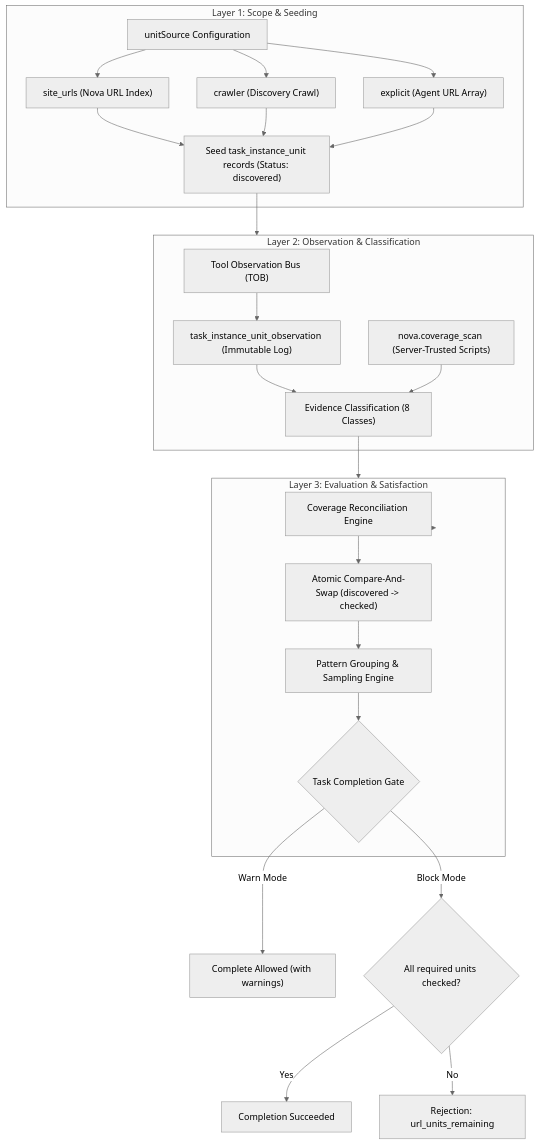
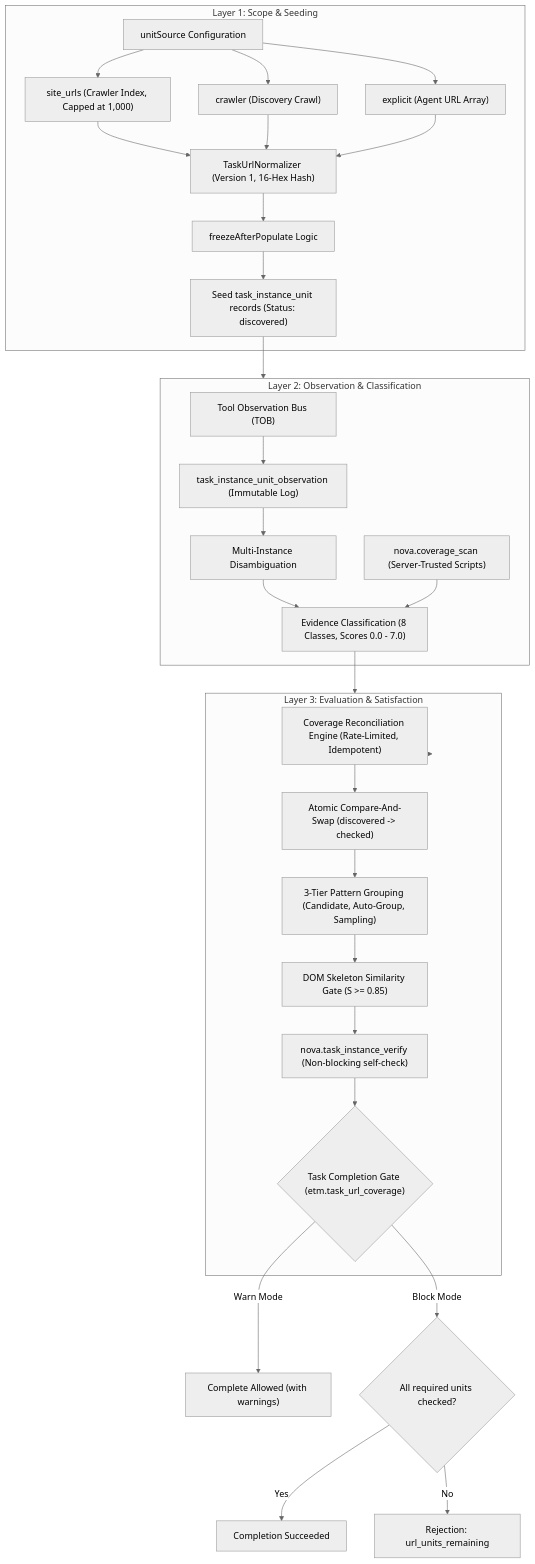
Before and after one commit to joelaniol/nova: the first of 3 diagrams in docs/core-features/learning/task-url-coverage-tuc/README.md, drawn with Mermaid (neutral theme). The commit also changed other lines of this file and 9 other files, not shown here.

Commit message:
docs: fix LCJ formulas and LCJ/TOB diagrams

````diff
--- a/docs/core-features/learning/task-url-coverage-tuc/README.md
+++ b/docs/core-features/learning/task-url-coverage-tuc/README.md
@@ -38,49 +38,59 @@
 ```mermaid
 flowchart TD
     subgraph Layer1["Layer 1: Scope & Seeding"]
         SourceChoice["unitSource Configuration"]
-        SiteUrls["site_urls (Nova URL Index)"]
+        SiteUrls["site_urls (Crawler Index, Capped at 1,000)"]
         CrawlerSource["crawler (Discovery Crawl)"]
         ExplicitList["explicit (Agent URL Array)"]
+        Normalizer["TaskUrlNormalizer (Version 1, 16-Hex Hash)"]
+        FreezeRule["freezeAfterPopulate Logic"]
         UnitSeed["Seed task_instance_unit records (Status: discovered)"]
     end
 
     subgraph Layer2["Layer 2: Observation & Classification"]
         TOB["Tool Observation Bus (TOB)"]
         PassiveLog["task_instance_unit_observation (Immutable Log)"]
-        EvidenceClass["Evidence Classification (8 Classes)"]
+        Disambiguation["Multi-Instance Disambiguation"]
         ActiveScan["nova.coverage_scan (Server-Trusted Scripts)"]
+        EvidenceClass["Evidence Classification (8 Classes, Scores 0.0 - 7.0)"]
     end
 
     subgraph Layer3["Layer 3: Evaluation & Satisfaction"]
-        Reconcile["Coverage Reconciliation Engine"]
+        Reconcile["Coverage Reconciliation Engine (Rate-Limited, Idempotent)"]
         CASUpdate["Atomic Compare-And-Swap (discovered -> checked)"]
-        SamplingEngine["Pattern Grouping & Sampling Engine"]
-        CompletionGate{"Task Completion Gate"}
+        PatternEngine["3-Tier Pattern Grouping (Candidate, Auto-Group, Sampling)"]
+        SkeletonGate["DOM Skeleton Similarity Gate (S >= 0.85)"]
+        VerifySelfDiag["nova.task_instance_verify (Non-blocking self-check)"]
+        CompletionGate{"Task Completion Gate (etm.task_url_coverage)"}
     end
 
     SourceChoice --> SiteUrls
     SourceChoice --> CrawlerSource
     SourceChoice --> ExplicitList
 
-    SiteUrls --> UnitSeed
-    CrawlerSource --> UnitSeed
-    ExplicitList --> UnitSeed
+    SiteUrls --> Normalizer
+    CrawlerSource --> Normalizer
+    ExplicitList --> Normalizer
+    Normalizer --> FreezeRule
+    FreezeRule --> UnitSeed
 
     UnitSeed --> Layer2
 
     TOB --> PassiveLog
-    PassiveLog --> EvidenceClass
+    PassiveLog --> Disambiguation
+    Disambiguation --> EvidenceClass
     ActiveScan --> EvidenceClass
 
     EvidenceClass --> Layer3
     Layer3 --> Reconcile
     Reconcile --> CASUpdate
-    CASUpdate --> SamplingEngine
-    SamplingEngine --> CompletionGate
+    CASUpdate --> PatternEngine
+    PatternEngine --> SkeletonGate
+    SkeletonGate --> VerifySelfDiag
+    VerifySelfDiag --> CompletionGate
 
     CompletionGate -->|Warn Mode| Allowed["Complete Allowed (with warnings)"]
     CompletionGate -->|Block Mode| Enforced{"All required units checked?"}
     Enforced -->|Yes| CompleteOK["Completion Succeeded"]
     Enforced -->|No| RejectBlock["Rejection: url_units_remaining"]
 ```
````
